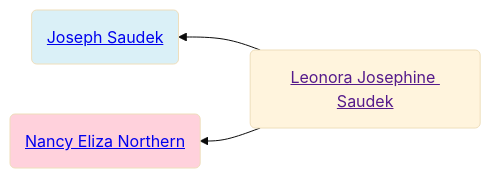
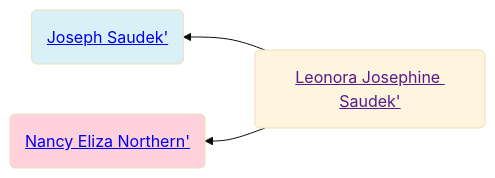
One commit to neelsmith/avocational changed the first of 2 diagrams in familyhistory/sources/people/Neel-line/Blanton-line/Saudek-line/Leonora_Josephine_Saudek.qmd. Above: the diagram before and after it, drawn with Mermaid (base theme). The commit also changed other lines of this file and 102 other files, not shown here.

````diff
--- a/familyhistory/sources/people/Neel-line/Blanton-line/Saudek-line/Leonora_Josephine_Saudek.qmd
+++ b/familyhistory/sources/people/Neel-line/Blanton-line/Saudek-line/Leonora_Josephine_Saudek.qmd
@@ -26,12 +26,12 @@
 ```{mermaid}
 graph RL
 %% RL ancestor diagram
-Leonora_Josephine_Saudek(<a href=''>Leonora Josephine Saudek</>) -->  Joseph_Saudek(<a href='./Joseph_Saudek.html'>Joseph Saudek</>)
+Leonora_Josephine_Saudek(<a href=''>Leonora Josephine Saudek'</>) -->  Joseph_Saudek(<a href='./Joseph_Saudek.html'>Joseph Saudek'</>)
 class Joseph_Saudek father
-Leonora_Josephine_Saudek(<a href=''>Leonora Josephine Saudek</>)  --> Nancy_Eliza_Northern(<a href='./Northern-line/Nancy_Eliza_Northern.html'>Nancy Eliza Northern</>)
+Leonora_Josephine_Saudek(<a href=''>Leonora Josephine Saudek'</>)  --> Nancy_Eliza_Northern(<a href='./Northern-line/Nancy_Eliza_Northern.html'>Nancy Eliza Northern'</>)
 class Nancy_Eliza_Northern mother
 classDef mother fill:#ffd1dc
 classDef father fill:#daf0f7  
 classDef marriage fill:#ffffff
 
 ```
````
